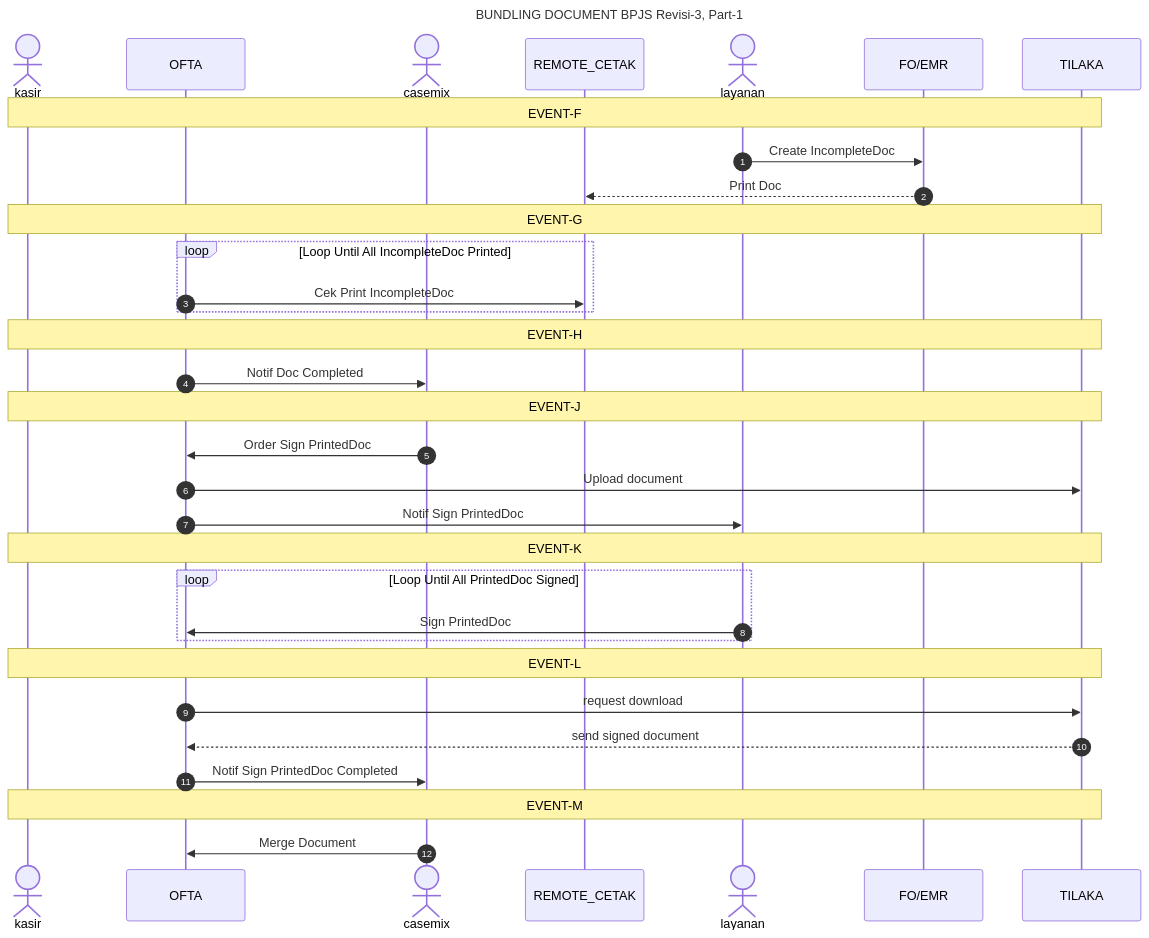
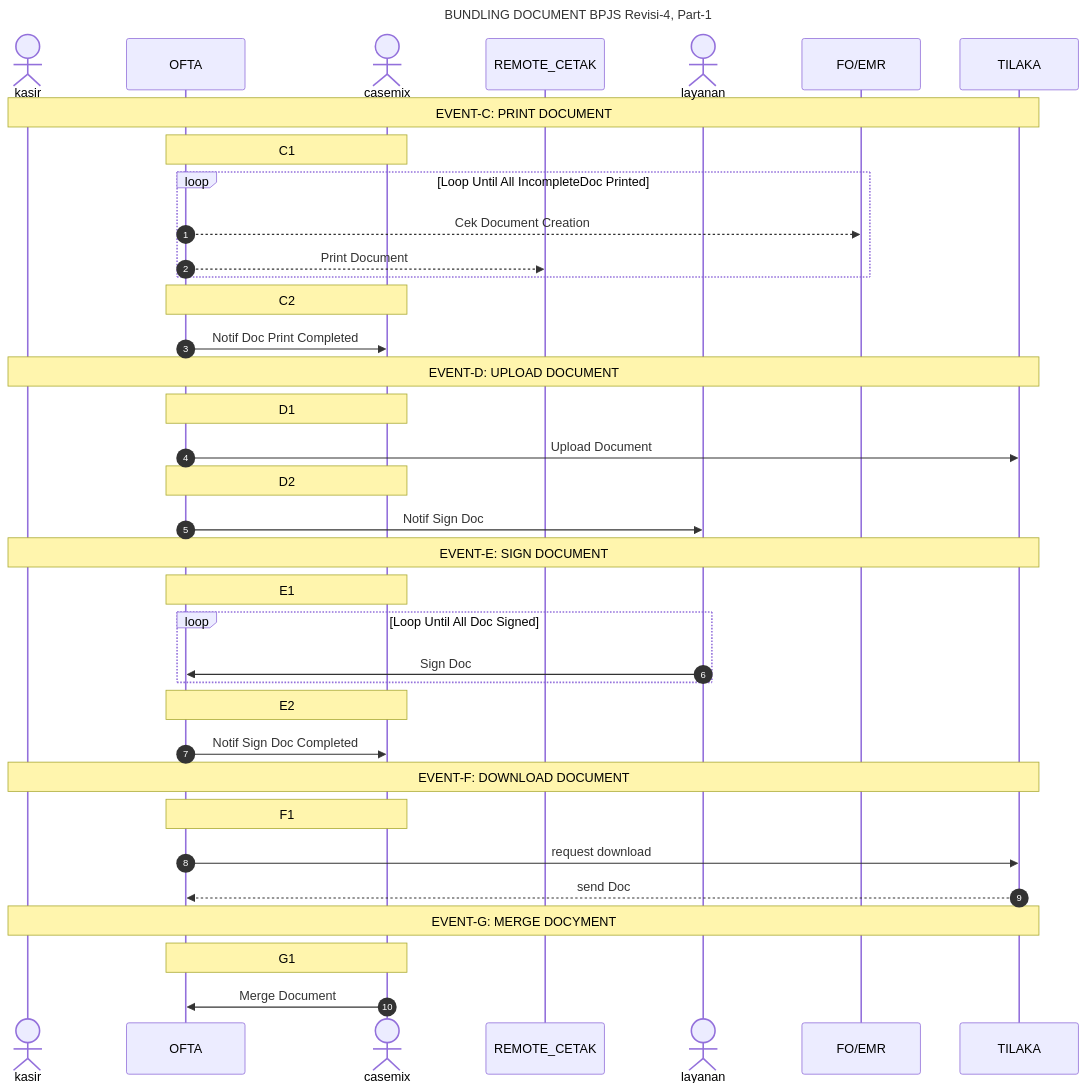
The second of 2 diagrams in readme-bpjs-flow.md (smart-ics/b005-ofta-api), drawn with Mermaid before and after one commit. The commit also changed other lines of this file, not shown here.

````diff
--- a/readme-bpjs-flow.md
+++ b/readme-bpjs-flow.md
@@ -33,41 +42,44 @@
 ```mermaid
 sequenceDiagram
-    title BUNDLING DOCUMENT BPJS Revisi-3, Part-1
+    title BUNDLING DOCUMENT BPJS Revisi-4, Part-1
     actor kasir
     participant OFTA
     actor casemix
     participant REMOTE_CETAK
     actor layanan
     participant FO/EMR
     participant TILAKA
     autonumber 1
-    note over kasir, TILAKA: EVENT-F
-    layanan ->> FO/EMR : Create IncompleteDoc
-    FO/EMR -->> REMOTE_CETAK: Print Doc
 
-    note over kasir, TILAKA: EVENT-G
+    note over kasir, TILAKA: EVENT-C: PRINT DOCUMENT
+    note over OFTA, casemix: C1
     loop Loop Until All IncompleteDoc Printed
-        OFTA ->> REMOTE_CETAK : Cek Print IncompleteDoc
+        OFTA -->> FO/EMR: Cek Document Creation
+        OFTA -->> REMOTE_CETAK: Print Document
     end
+    note over OFTA, casemix: C2
+    OFTA ->> casemix : Notif Doc Print Completed
     
-    note over kasir, TILAKA: EVENT-H
-    OFTA ->> casemix : Notif Doc Completed
+    note over kasir, TILAKA: EVENT-D: UPLOAD DOCUMENT
+    note over OFTA, casemix: D1
+    OFTA ->> TILAKA : Upload Document
+    note over OFTA, casemix: D2
+    OFTA ->> layanan: Notif Sign Doc
 
-    note over kasir, TILAKA: EVENT-J
-    casemix ->> OFTA: Order Sign PrintedDoc
-    OFTA ->> TILAKA: Upload document
-    OFTA ->> layanan: Notif Sign PrintedDoc
+    note over kasir, TILAKA: EVENT-E: SIGN DOCUMENT
+    note over OFTA, casemix: E1
+    loop Loop Until All Doc Signed
+        layanan ->> OFTA: Sign Doc
+    end
+    note over OFTA, casemix: E2
+    OFTA ->> casemix: Notif Sign Doc Completed
 
-    note over kasir, TILAKA: EVENT-K
-    loop Loop Until All PrintedDoc Signed
-        layanan ->> OFTA: Sign PrintedDoc
-    end
+    note over kasir, TILAKA: EVENT-F: DOWNLOAD DOCUMENT
+    note over OFTA, casemix: F1
+    OFTA ->> TILAKA: request download
+    TILAKA -->> OFTA : send Doc
 
-    note over kasir, TILAKA: EVENT-L
-    OFTA ->> TILAKA: request download
-    TILAKA -->> OFTA : send signed document
-    OFTA ->> casemix: Notif Sign PrintedDoc Completed
-
-    note over kasir, TILAKA: EVENT-M
+    note over kasir, TILAKA: EVENT-G: MERGE DOCYMENT
+    note over OFTA, casemix: G1
     casemix ->> OFTA: Merge Document
 ```
````
